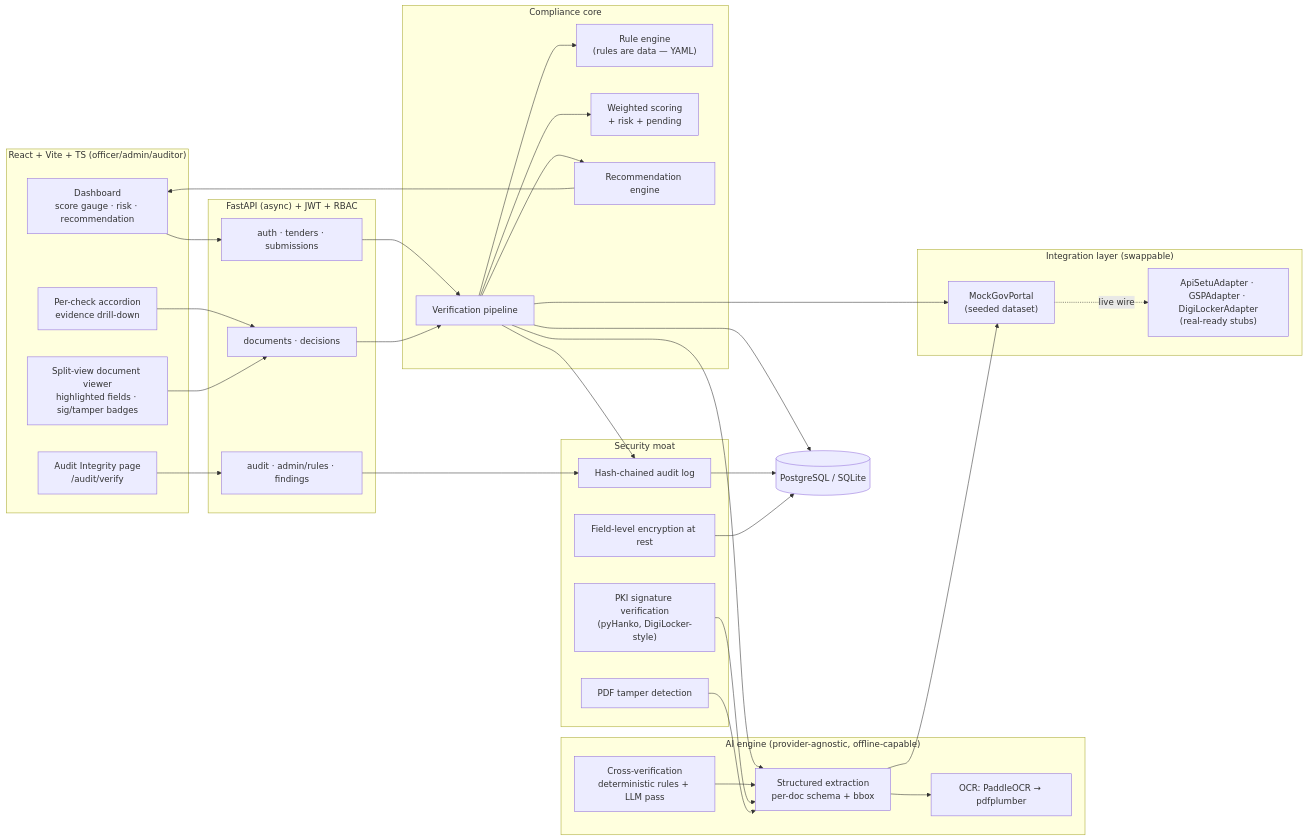
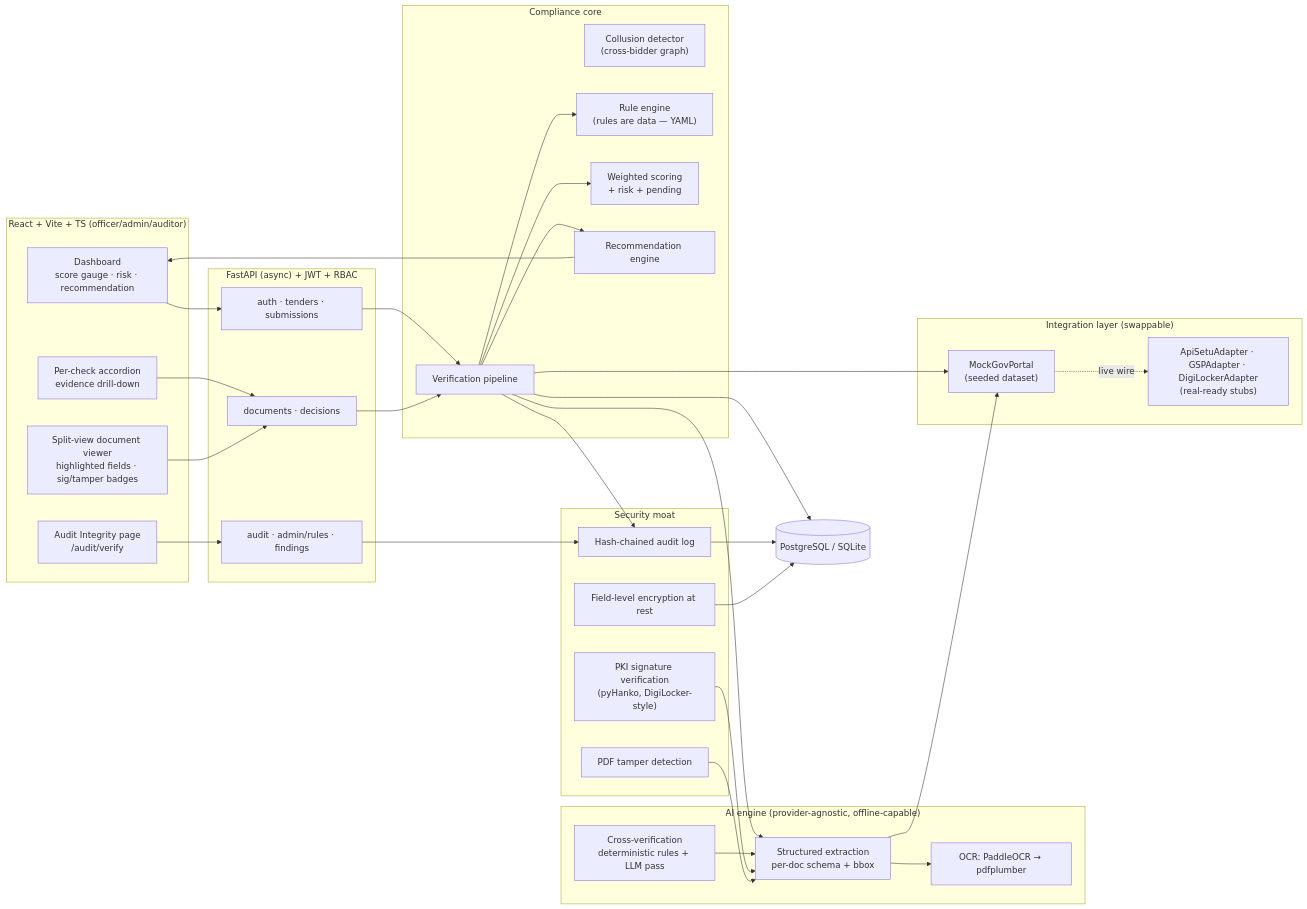
One commit to sakshamp413-hash/gem-bid-compliance-platform changed the diagram in README.md. Above: the diagram before and after it, drawn with Mermaid. The commit also changed other lines of this file and 78 other files, not shown here.

````diff
--- a/README.md
+++ b/README.md
@@ -54,52 +57,53 @@
 ```mermaid
 flowchart LR
     subgraph Frontend["React + Vite + TS (officer/admin/auditor)"]
         Dash["Dashboard<br/>score gauge · risk · recommendation"]
         Checks["Per-check accordion<br/>evidence drill-down"]
         Viewer["Split-view document viewer<br/>highlighted fields · sig/tamper badges"]
         Audit["Audit Integrity page<br/>/audit/verify"]
     end
 
     subgraph API["FastAPI (async) + JWT + RBAC"]
         R1["auth · tenders · submissions"]
         R2["documents · decisions"]
         R3["audit · admin/rules · findings"]
     end
 
     subgraph Core["Compliance core"]
         P["Verification pipeline"]
+        COL["Collusion detector<br/>(cross-bidder graph)"]
         RE["Rule engine<br/>(rules are data — YAML)"]
         SC["Weighted scoring<br/>+ risk + pending"]
         REC["Recommendation engine"]
     end
 
     subgraph AI["AI engine (provider-agnostic, offline-capable)"]
         OCR["OCR: PaddleOCR → pdfplumber"]
         EX["Structured extraction<br/>per-doc schema + bbox"]
         XV["Cross-verification<br/>deterministic rules + LLM pass"]
     end
 
     subgraph Sec["Security moat"]
         SIG["PKI signature verification<br/>(pyHanko, DigiLocker-style)"]
         TAM["PDF tamper detection"]
         AUL["Hash-chained audit log"]
         ENC["Field-level encryption at rest"]
     end
 
     subgraph Gov["Integration layer (swappable)"]
         MOCK["MockGovPortal<br/>(seeded dataset)"]
         API2["ApiSetuAdapter · GSPAdapter · DigiLockerAdapter<br/>(real-ready stubs)"]
     end
 
     DB[("PostgreSQL / SQLite")]
 
     Dash --> R1; Checks --> R2; Viewer --> R2; Audit --> R3
     R1 --> P; R2 --> P
     P --> RE; P --> EX; P --> SC; P --> REC
     EX --> OCR; XV --> EX
     SIG --> EX; TAM --> EX
     P --> AUL; R3 --> AUL
     EX --> MOCK; P --> MOCK; MOCK -.live wire.-> API2
     P --> DB; AUL --> DB; ENC --> DB
     REC --> Dash
 ```
````
